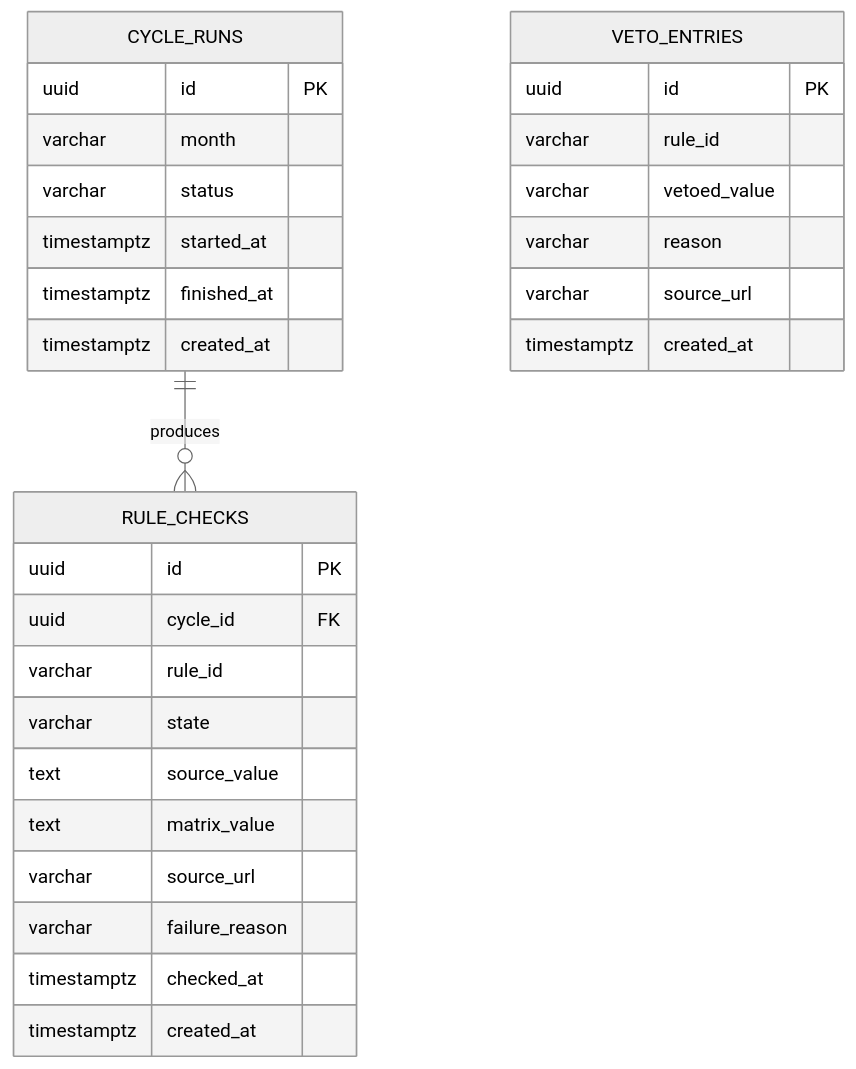
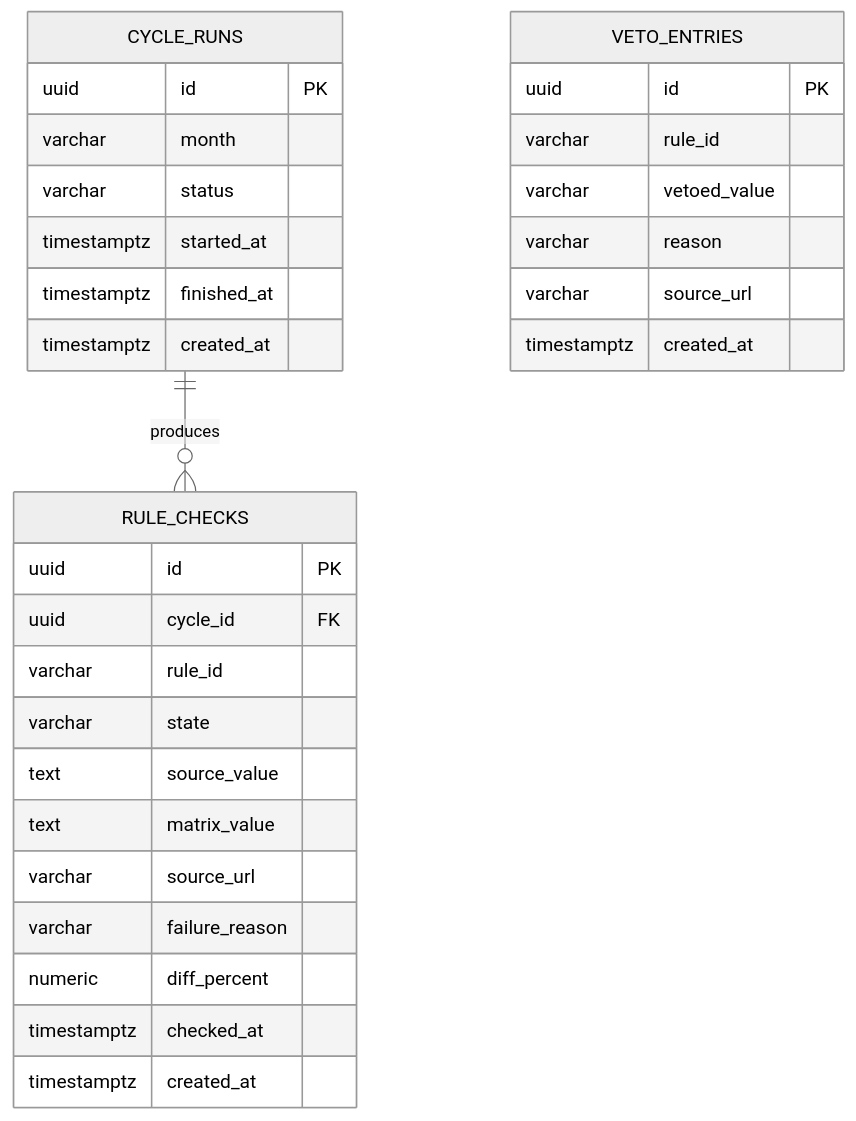
One commit to r1ckshot/tax-navigator changed the diagram in docs/features/rules-change-monitor/data-model.md. Above: the diagram before and after it, drawn with Mermaid (neutral theme). The commit also changed other lines of this file and 2 other files, not shown here.

````diff
--- a/docs/features/rules-change-monitor/data-model.md
+++ b/docs/features/rules-change-monitor/data-model.md
@@ -20,33 +20,34 @@
 ```mermaid
 erDiagram
     CYCLE_RUNS ||--o{ RULE_CHECKS : produces
 
     CYCLE_RUNS {
         uuid id PK
         varchar month
         varchar status
         timestamptz started_at
         timestamptz finished_at
         timestamptz created_at
     }
     RULE_CHECKS {
         uuid id PK
         uuid cycle_id FK
         varchar rule_id
         varchar state
         text source_value
         text matrix_value
         varchar source_url
         varchar failure_reason
+        numeric diff_percent
         timestamptz checked_at
         timestamptz created_at
     }
     VETO_ENTRIES {
         uuid id PK
         varchar rule_id
         varchar vetoed_value
         varchar reason
         varchar source_url
         timestamptz created_at
     }
 ```
````
